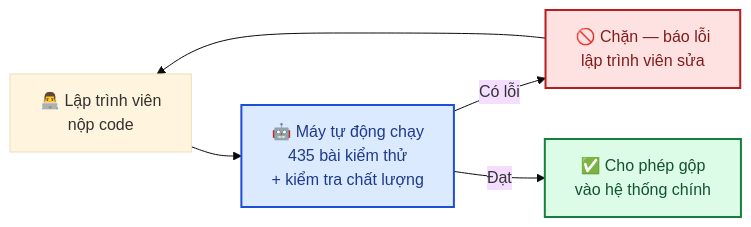
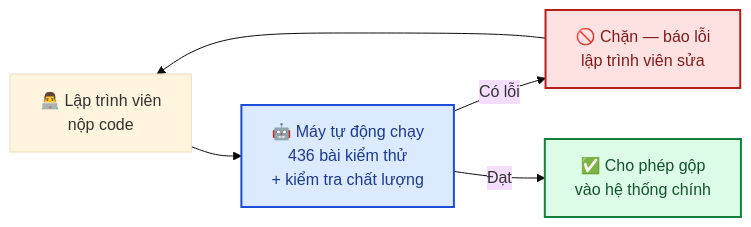
Before and after one commit to Hungvu0712/FLOWER: the second of 2 diagrams in docs/gitbook/06-de-xuat.md, drawn with Mermaid (base theme). The commit also changed other lines of this file and 40 other files, not shown here.

````diff
--- a/docs/gitbook/06-de-xuat.md
+++ b/docs/gitbook/06-de-xuat.md
@@ -73,11 +73,11 @@
 ```mermaid
 flowchart LR
-    D["👨‍💻 Lập trình viên<br/>nộp code"] --> CI["🤖 Máy tự động chạy<br/>435 bài kiểm thử<br/>+ kiểm tra chất lượng"]
+    D["👨‍💻 Lập trình viên<br/>nộp code"] --> CI["🤖 Máy tự động chạy<br/>436 bài kiểm thử<br/>+ kiểm tra chất lượng"]
     CI -->|Có lỗi| BLOCK["🚫 Chặn — báo lỗi<br/>lập trình viên sửa"]
     CI -->|Đạt| MERGE["✅ Cho phép gộp<br/>vào hệ thống chính"]
     BLOCK --> D
 
     style CI fill:#dbeafe,stroke:#1d4ed8,stroke-width:2px,color:#1e3a8a
     style BLOCK fill:#fee2e2,stroke:#b91c1c,stroke-width:2px,color:#7f1d1d
     style MERGE fill:#dcfce7,stroke:#15803d,stroke-width:2px,color:#14532d
 ```
````
